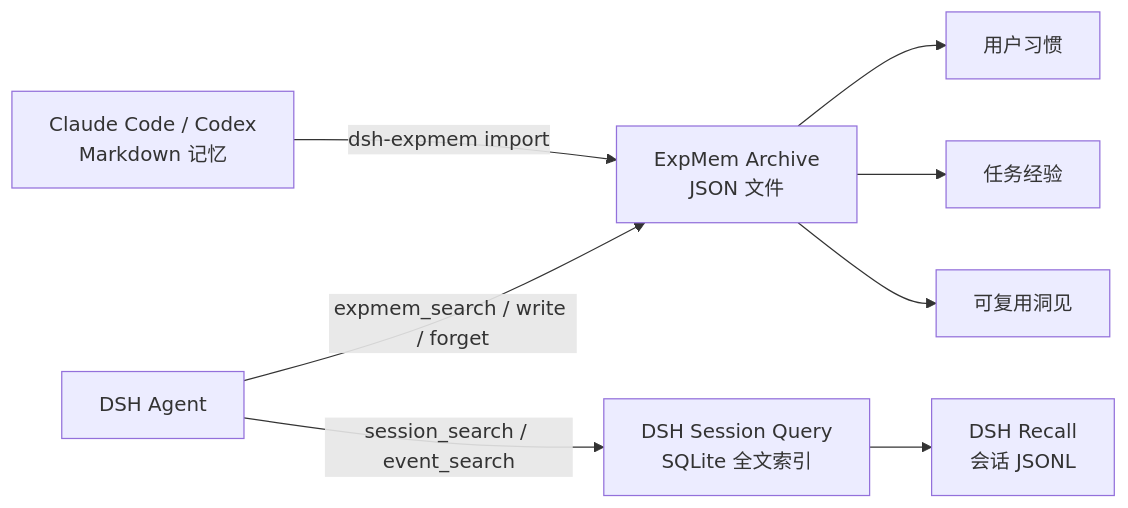
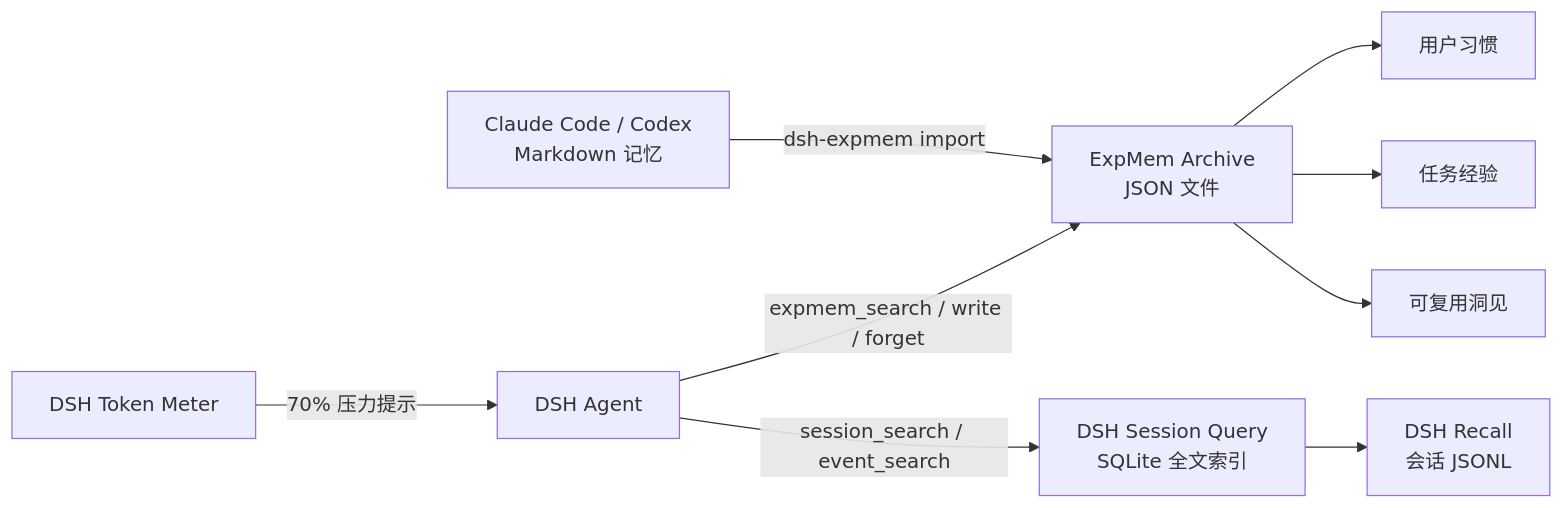
The diagram in README.zh-CN.md (creativedswork/dsh-expmem), drawn with Mermaid before and after one commit. The commit also changed other lines of this file and 5 other files, not shown here.

````diff
--- a/README.zh-CN.md
+++ b/README.zh-CN.md
@@ -11,14 +11,15 @@
 ```mermaid
 flowchart LR
   Agent["DSH Agent"]
   Sources["Claude Code / Codex<br/>Markdown 记忆"]
 
   Agent -->|"expmem_search / write / forget"| Archive["ExpMem Archive<br/>JSON 文件"]
   Agent -->|"session_search / event_search"| Query["DSH Session Query<br/>SQLite 全文索引"]
+  Meter["DSH Token Meter"] -->|"70% 压力提示"| Agent
   Query --> Recall["DSH Recall<br/>会话 JSONL"]
   Sources -->|"dsh-expmem import"| Archive
 
   Archive --> Habits["用户习惯"]
   Archive --> Experience["任务经验"]
   Archive --> Insights["可复用洞见"]
 ```
````
